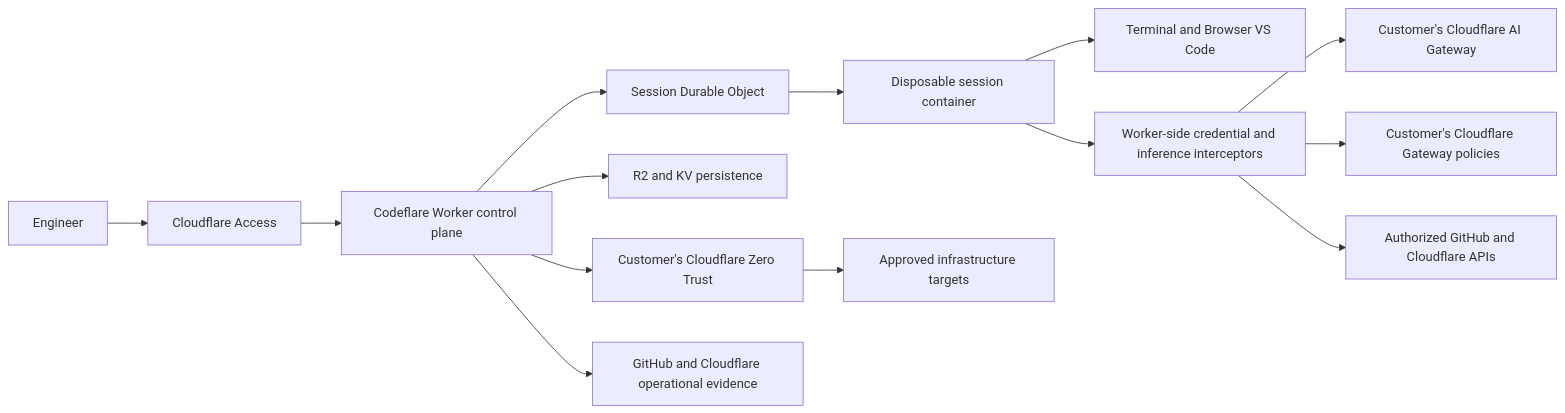
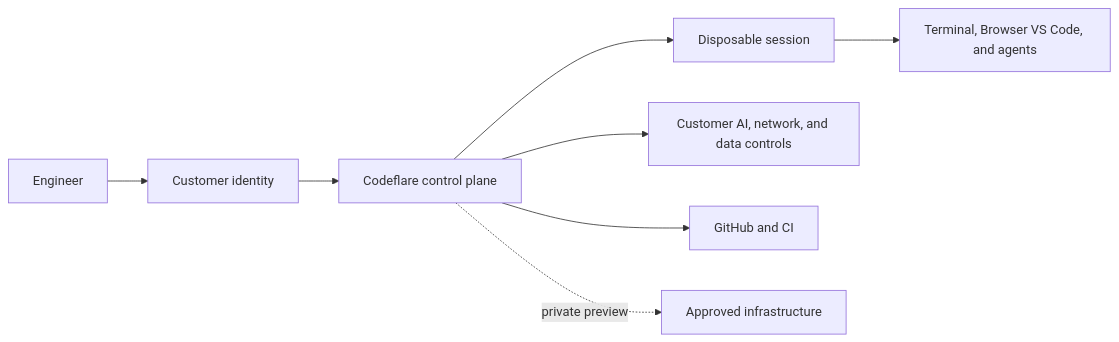
Before and after one commit to nikolanovoselec/codeflare: the diagram in README.md, drawn with Mermaid. The commit also changed other lines of this file, not shown here.

````diff
--- a/README.md
+++ b/README.md
@@ -156,16 +146,10 @@
 ```mermaid
 graph LR
-    U[Engineer] --> A[Cloudflare Access]
-    A --> W[Codeflare Worker control plane]
-    W --> S[Session Durable Object]
-    S --> C[Disposable session container]
-    C --> T[Terminal and Browser VS Code]
-    W --> D[R2 and KV persistence]
-    C --> I[Worker-side credential and inference interceptors]
-    I --> AI[Customer's Cloudflare AI Gateway]
-    I --> GW[Customer's Cloudflare Gateway policies]
-    I --> P[Authorized GitHub and Cloudflare APIs]
-    W --> Z[Customer's Cloudflare Zero Trust]
-    Z --> H[Approved infrastructure targets]
-    W --> E[GitHub and Cloudflare operational evidence]
+    U[Engineer] --> I[Customer identity]
+    I --> C[Codeflare control plane]
+    C --> S[Disposable session]
+    S --> T[Terminal, Browser VS Code, and agents]
+    C --> G[Customer AI, network, and data controls]
+    C --> R[GitHub and CI]
+    C -. private preview .-> H[Approved infrastructure]
 ```
````
